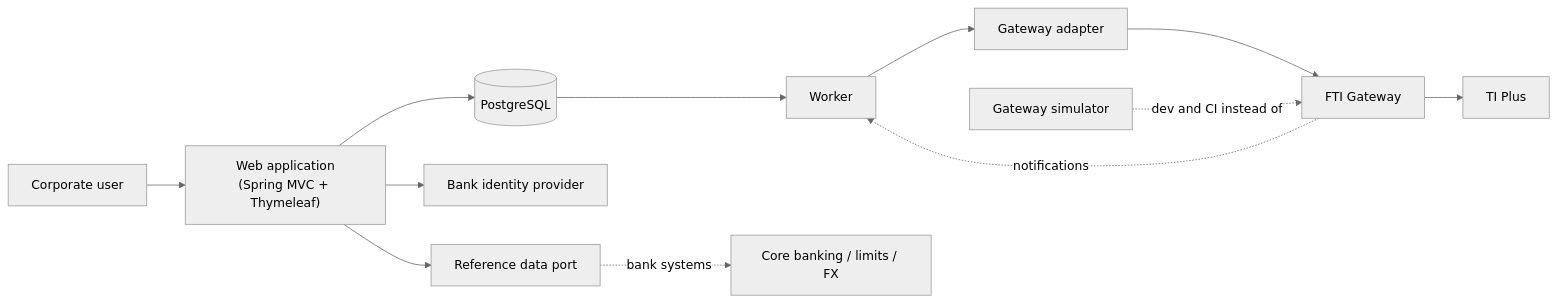
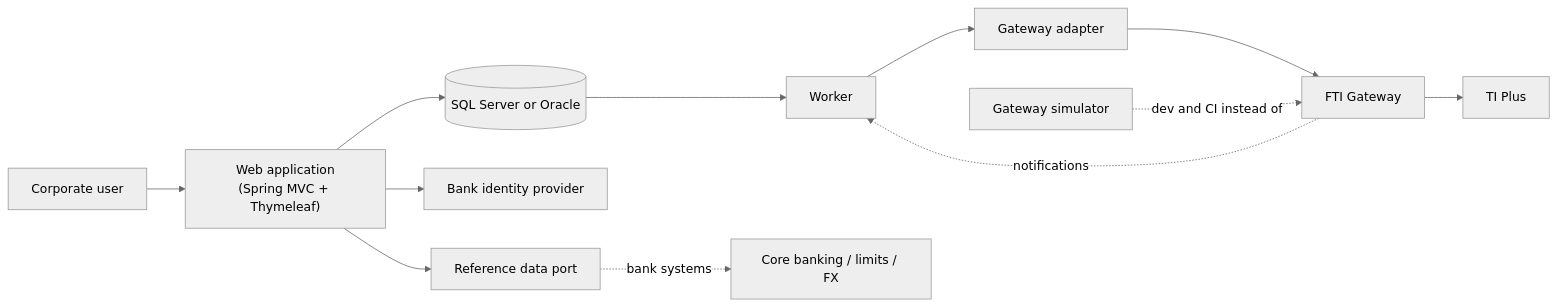
The diagram in docs/architecture/README.md (shamsara73/trade_corporate_channel), drawn with Mermaid (neutral theme) before and after one commit. The commit also changed other lines of this file and 8 other files, not shown here.

First line of the commit message:
Target SQL Server and Oracle instead of PostgreSQL

````diff
--- a/docs/architecture/README.md
+++ b/docs/architecture/README.md
@@ -24,14 +24,14 @@
 ```mermaid
 flowchart LR
     U[Corporate user] --> WEB["Web application<br/>(Spring MVC + Thymeleaf)"]
-    WEB --> DB[(PostgreSQL)]
+    WEB --> DB[("SQL Server or Oracle")]
     DB --> WRK[Worker]
     WRK --> ADP[Gateway adapter]
     ADP --> GW[FTI Gateway]
     GW --> TI[TI Plus]
     GW -. notifications .-> WRK
     WEB --> IDP[Bank identity provider]
     WEB --> REF[Reference data port]
     REF -. bank systems .-> HOST[Core banking / limits / FX]
     SIM[Gateway simulator] -. dev and CI instead of .-> GW
 ```
````
